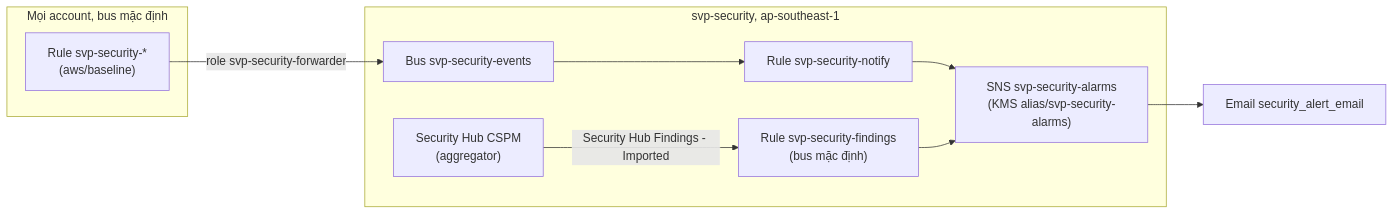
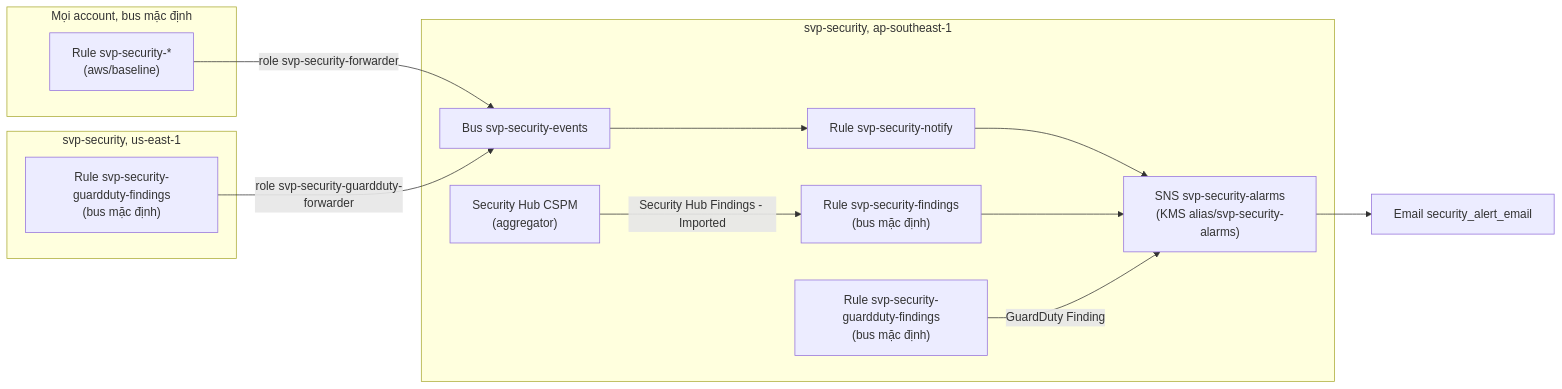
The diagram in aws/security/README.md (anhnvcoder/svp-infra), drawn with Mermaid before and after one commit. The commit also changed other lines of this file and 62 other files, not shown here.

````diff
--- a/aws/security/README.md
+++ b/aws/security/README.md
@@ -77,17 +81,23 @@
 ```mermaid
 flowchart LR
   subgraph acc["Mọi account, bus mặc định"]
     rules["Rule svp-security-*<br/>(aws/baseline)"]
   end
   subgraph sec["svp-security, ap-southeast-1"]
     bus["Bus svp-security-events"]
     notify["Rule svp-security-notify"]
     hub["Security Hub CSPM<br/>(aggregator)"]
     findings["Rule svp-security-findings<br/>(bus mặc định)"]
+    gdhome["Rule svp-security-guardduty-findings<br/>(bus mặc định)"]
     topic["SNS svp-security-alarms<br/>(KMS alias/svp-security-alarms)"]
+  end
+  subgraph east["svp-security, us-east-1"]
+    gdeast["Rule svp-security-guardduty-findings<br/>(bus mặc định)"]
   end
   email["Email security_alert_email"]
   rules -- "role svp-security-forwarder" --> bus --> notify --> topic
   hub -- "Security Hub Findings - Imported" --> findings --> topic
+  gdhome -- "GuardDuty Finding" --> topic
+  gdeast -- "role svp-security-guardduty-forwarder" --> bus
   topic --> email
 ```
````
